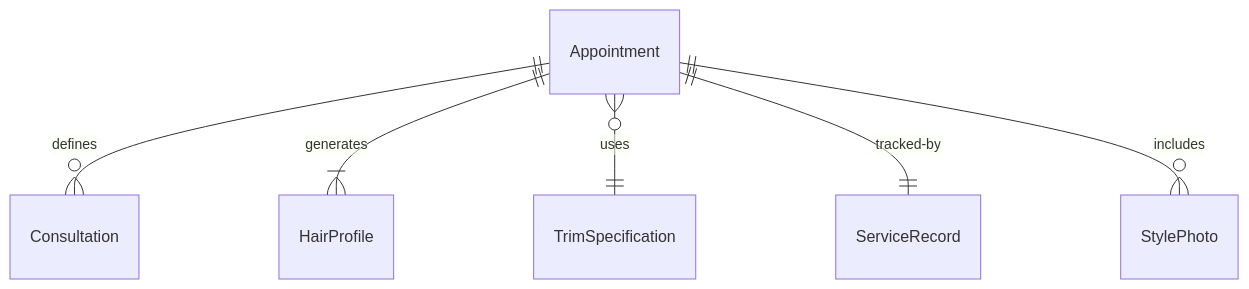
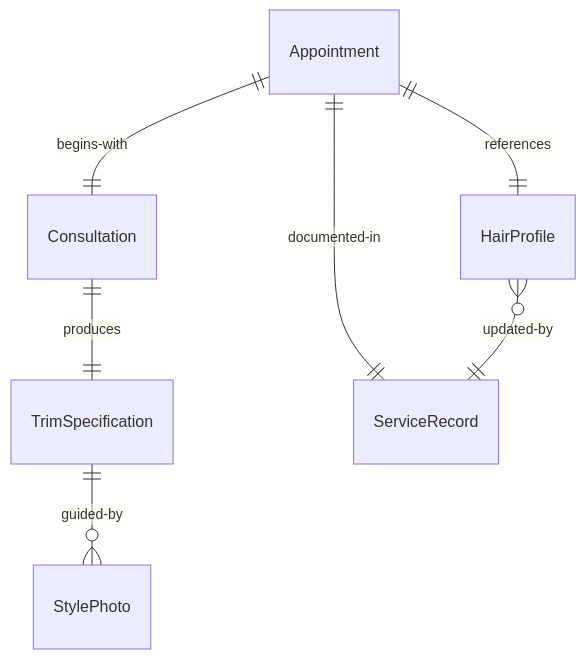
One commit to dot-org-ai/tasks.org.ai changed the first of 4 diagrams in HandlingAndMovingObjects/GroomOrStyleHair/TrimClientHair.mdx. Above: the diagram before and after it, drawn with Mermaid. The commit also changed other lines of this file and 515 other files, not shown here.

````diff
--- a/HandlingAndMovingObjects/GroomOrStyleHair/TrimClientHair.mdx
+++ b/HandlingAndMovingObjects/GroomOrStyleHair/TrimClientHair.mdx
@@ -89,8 +89,9 @@
 ```mermaid
 erDiagram
-    Appointment ||--o{ Consultation : "defines"
-    Appointment ||--|{ HairProfile : "generates"
-    Appointment }o--|| TrimSpecification : "uses"
-    Appointment ||--|| ServiceRecord : "tracked-by"
-    Appointment ||--o{ StylePhoto : "includes"
+    Appointment ||--|| Consultation : "begins-with"
+    Consultation ||--|| TrimSpecification : "produces"
+    Appointment ||--|| HairProfile : "references"
+    TrimSpecification ||--o{ StylePhoto : "guided-by"
+    Appointment ||--|| ServiceRecord : "documented-in"
+    HairProfile }o--|| ServiceRecord : "updated-by"
 ```
````
